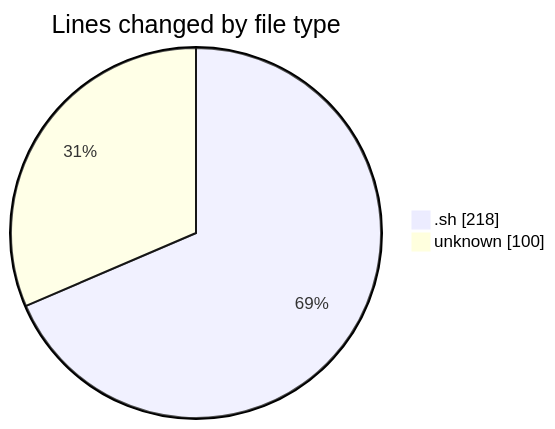
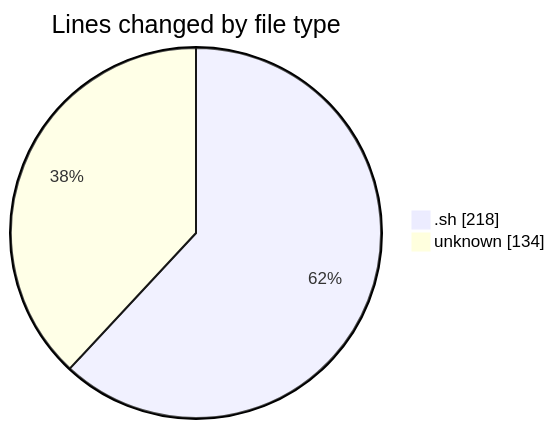
One commit to ricardozamudiocil/code-tracking changed the first of 2 diagrams in 2026-03-30/scripts/README.md. Above: the diagram before and after it, drawn with Mermaid. The commit also changed other lines of this file and 1 other file, not shown here.

````diff
--- a/2026-03-30/scripts/README.md
+++ b/2026-03-30/scripts/README.md
@@ -23,6 +23,6 @@
 ```mermaid
 pie showData
 title Lines changed by file type
 ".sh" : 218
-"unknown" : 100
+"unknown" : 134
 ```
````
